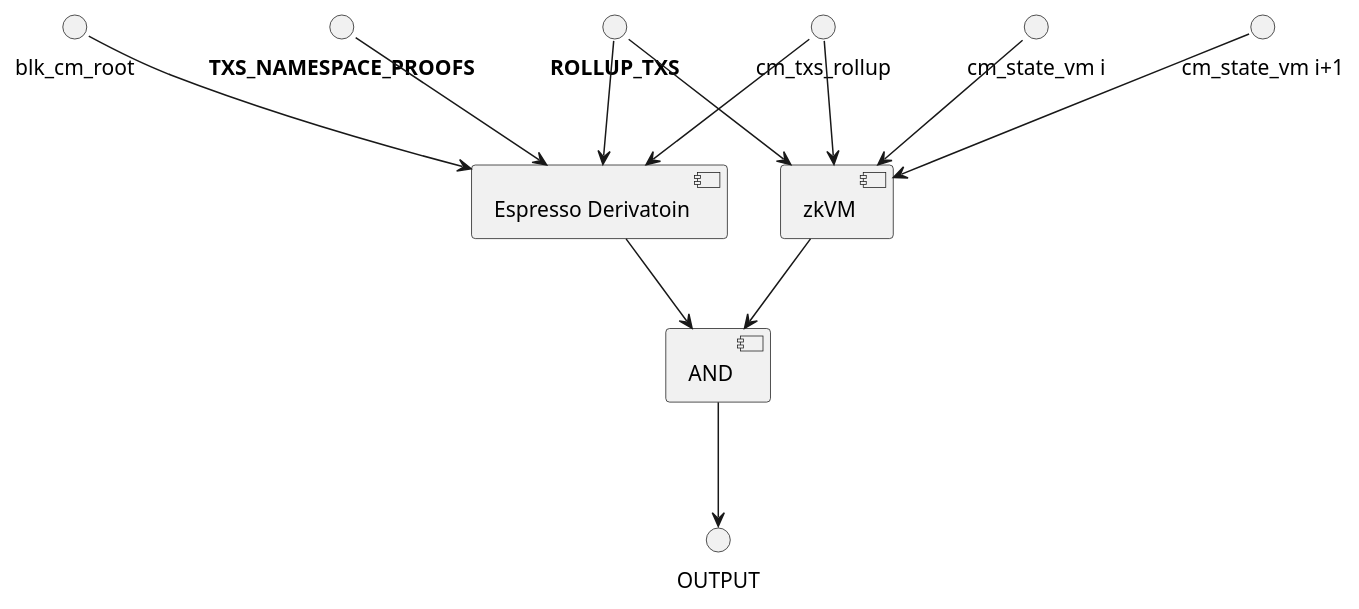
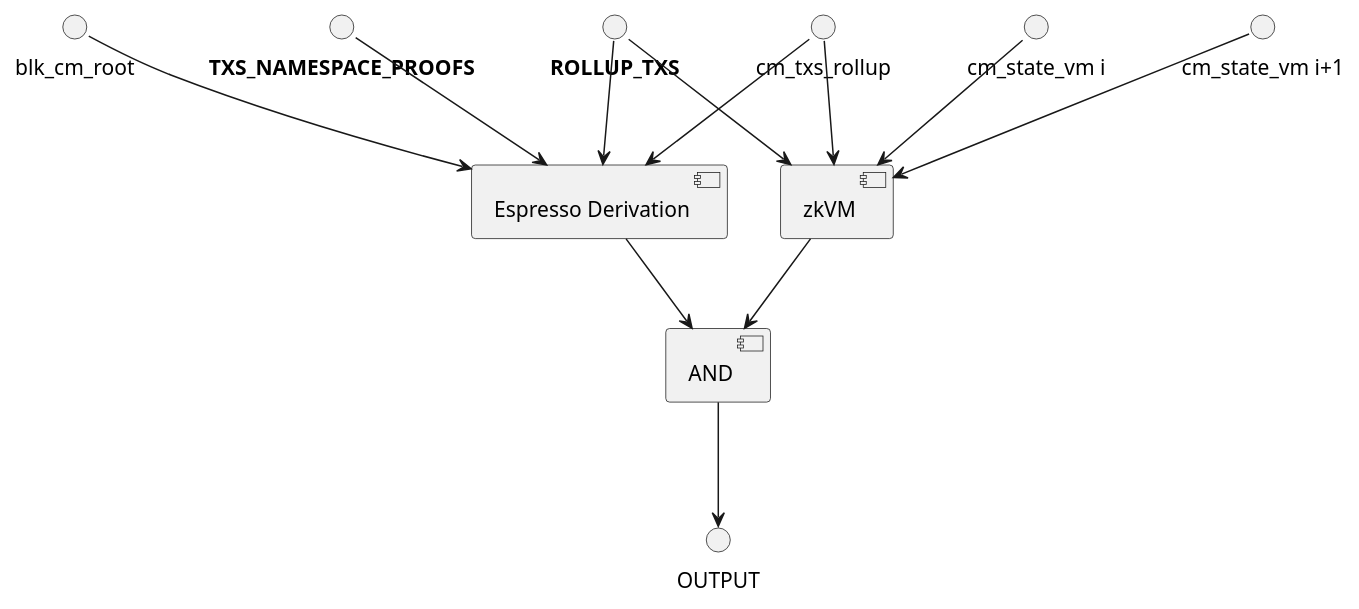
The diagram in doc/zk-rollup-circuit-no-espresso-consensus.puml (EspressoSystems/espresso-sequencer), drawn with PlantUML before and after one commit.

```diff
--- a/doc/zk-rollup-circuit-no-espresso-consensus.puml
+++ b/doc/zk-rollup-circuit-no-espresso-consensus.puml
@@ -1,27 +1,27 @@
 @startuml
 
 
-[Espresso Derivatoin] as ED
+[Espresso Derivation] as ED
 [AND] as AND
 
 [zkVM] as ZK
 
 blk_cm_root --> ED
 "<b>TXS_NAMESPACE_PROOFS</b>" --> ED
 "<b>ROLLUP_TXS</b>" --> ED
 "<b>ROLLUP_TXS</b>" --> ZK
 
 cm_txs_rollup --> ED
 
 "cm_state_vm i" --> ZK
 "cm_state_vm i+1" --> ZK
 cm_txs_rollup --> ZK
 
 
 ZK --> AND
 ED --> AND
 
 AND --> OUTPUT
 
 
 @enduml
```
